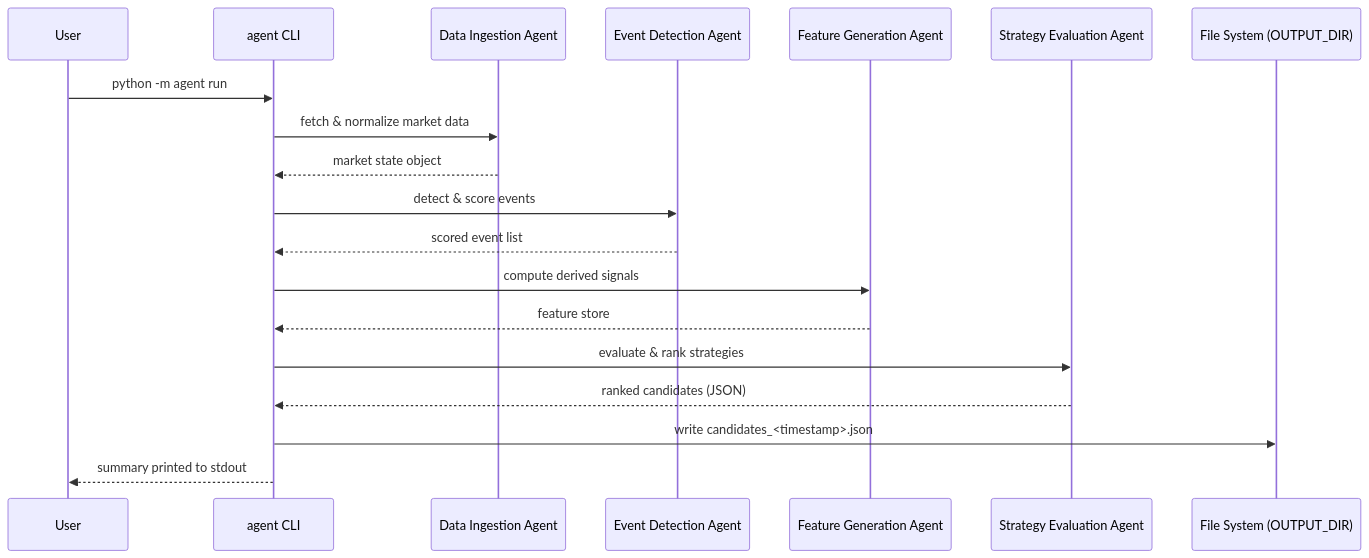
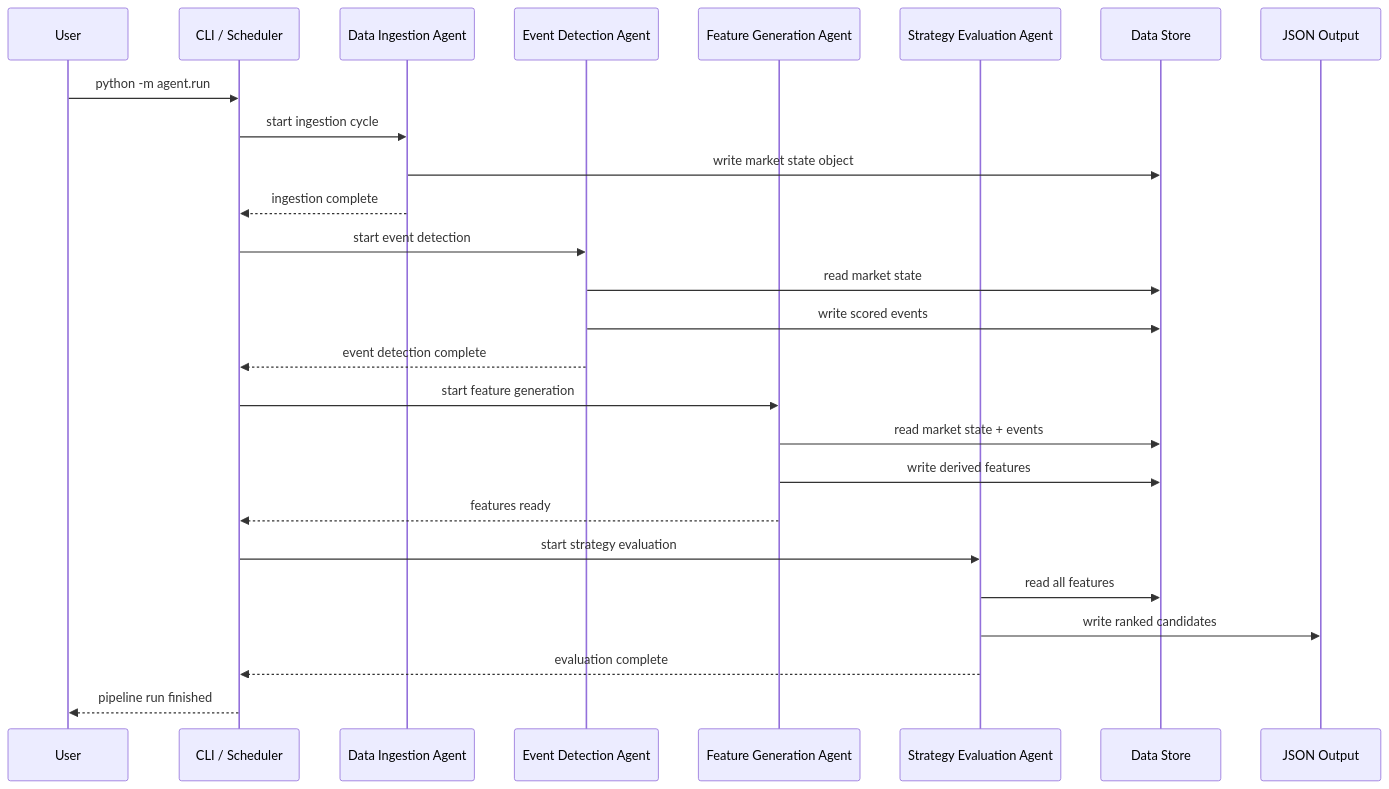
Before and after one commit to jeisenback/golden_boy_peanuts: the second of 2 diagrams in docs/generated/user_guide_full-pipeline.md, drawn with Mermaid. The commit also changed other lines of this file, not shown here.

Commit message:
docs: regenerate user guide [skip ci]

````diff
--- a/docs/generated/user_guide_full-pipeline.md
+++ b/docs/generated/user_guide_full-pipeline.md
@@ -186,22 +237,29 @@
 ```mermaid
 sequenceDiagram
     participant User
-    participant CLI as agent CLI
+    participant CLI as CLI / Scheduler
     participant DIA as Data Ingestion Agent
     participant EDA as Event Detection Agent
     participant FGA as Feature Generation Agent
     participant SEA as Strategy Evaluation Agent
-    participant FS as File System (OUTPUT_DIR)
+    participant Store as Data Store
+    participant Out as JSON Output
 
-    User->>CLI: python -m agent run
-    CLI->>DIA: fetch & normalize market data
-    DIA-->>CLI: market state object
-    CLI->>EDA: detect & score events
-    EDA-->>CLI: scored event list
-    CLI->>FGA: compute derived signals
-    FGA-->>CLI: feature store
-    CLI->>SEA: evaluate & rank strategies
-    SEA-->>CLI: ranked candidates (JSON)
-    CLI->>FS: write candidates_<timestamp>.json
-    CLI-->>User: summary printed to stdout
+    User->>CLI: python -m agent.run
+    CLI->>DIA: start ingestion cycle
+    DIA->>Store: write market state object
+    DIA-->>CLI: ingestion complete
+    CLI->>EDA: start event detection
+    EDA->>Store: read market state
+    EDA->>Store: write scored events
+    EDA-->>CLI: event detection complete
+    CLI->>FGA: start feature generation
+    FGA->>Store: read market state + events
+    FGA->>Store: write derived features
+    FGA-->>CLI: features ready
+    CLI->>SEA: start strategy evaluation
+    SEA->>Store: read all features
+    SEA->>Out: write ranked candidates
+    SEA-->>CLI: evaluation complete
+    CLI-->>User: pipeline run finished
 ```
````
